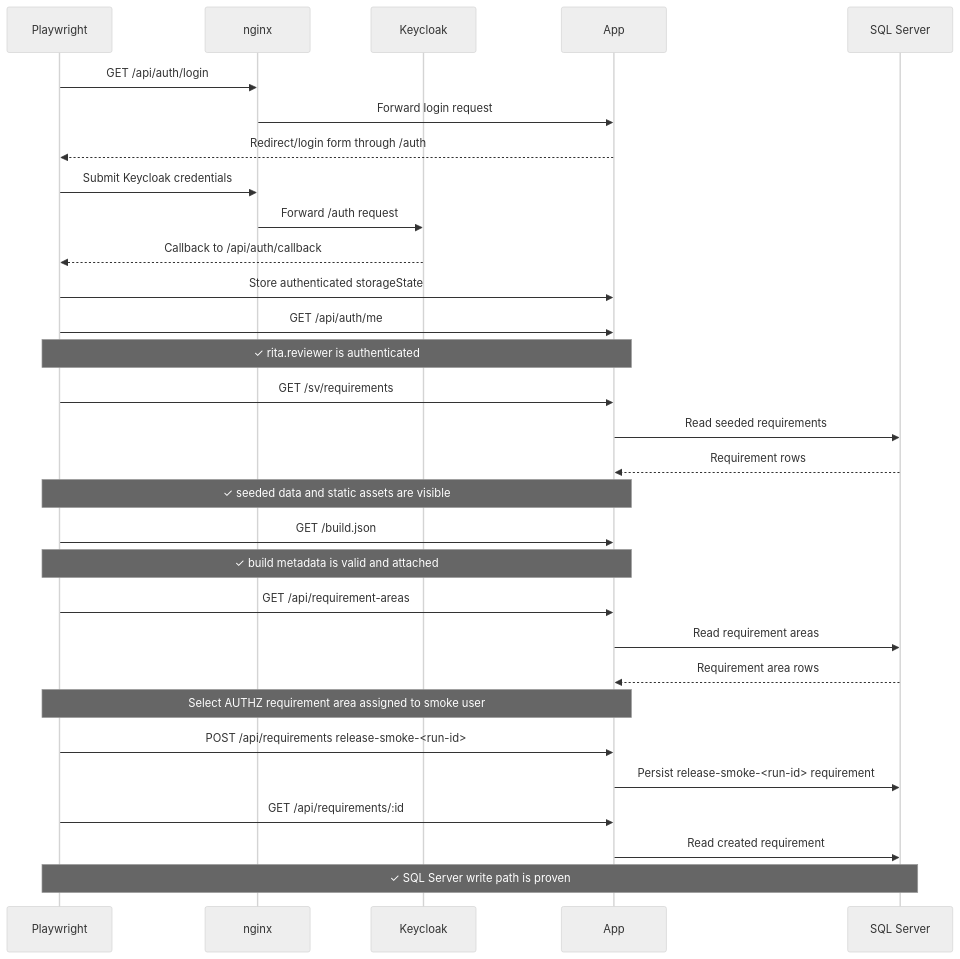
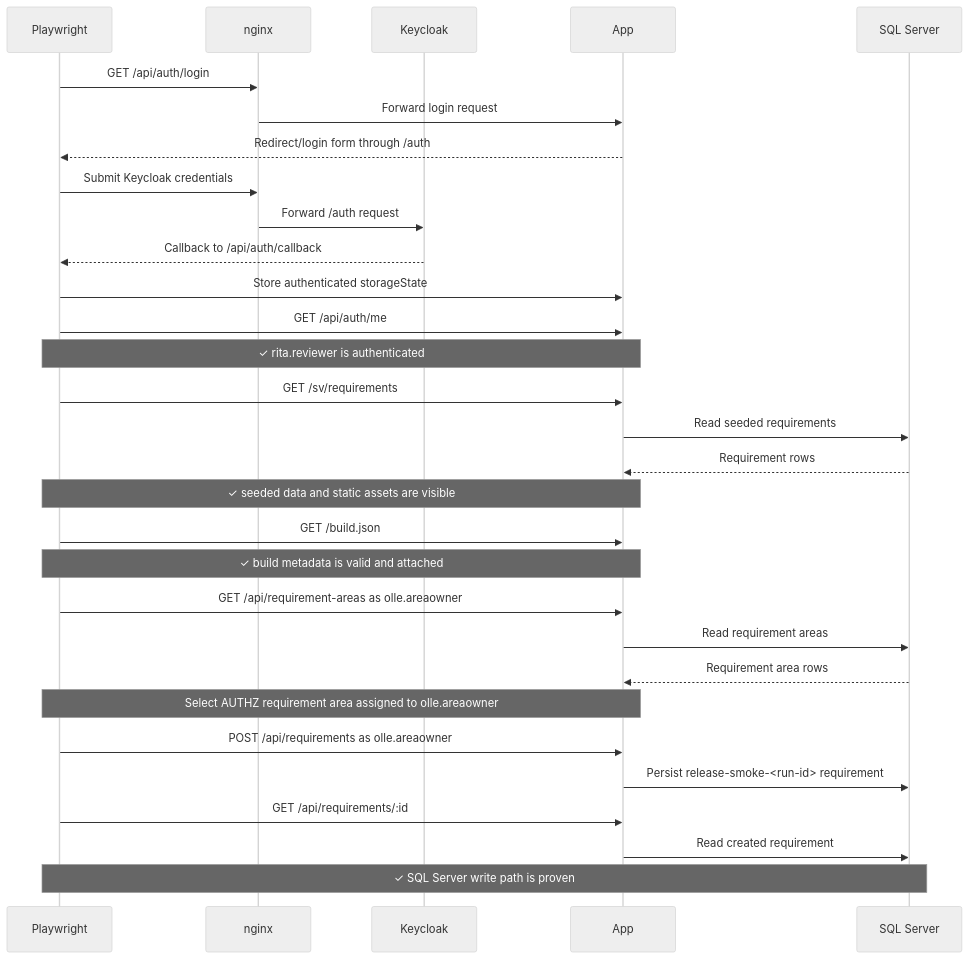
Before and after one commit to johlju/Kravhantering: the second of 4 diagrams in tests/release-smoke/release-smoke.md, drawn with Mermaid (neutral theme). The commit also changed other lines of this file and 5 other files, not shown here.

````diff
--- a/tests/release-smoke/release-smoke.md
+++ b/tests/release-smoke/release-smoke.md
@@ -101,33 +103,33 @@
 ```mermaid
 sequenceDiagram
     participant PW as Playwright
     participant N as nginx
     participant KC as Keycloak
     participant APP as App
     participant DB as SQL Server
 
     PW->>N: GET /api/auth/login
     N->>APP: Forward login request
     APP-->>PW: Redirect/login form through /auth
     PW->>N: Submit Keycloak credentials
     N->>KC: Forward /auth request
     KC-->>PW: Callback to /api/auth/callback
     PW->>APP: Store authenticated storageState
     PW->>APP: GET /api/auth/me
     Note over PW,APP: ✓ rita.reviewer is authenticated
     PW->>APP: GET /sv/requirements
     APP->>DB: Read seeded requirements
     DB-->>APP: Requirement rows
     Note over PW,APP: ✓ seeded data and static assets are visible
     PW->>APP: GET /build.json
     Note over PW,APP: ✓ build metadata is valid and attached
-    PW->>APP: GET /api/requirement-areas
+    PW->>APP: GET /api/requirement-areas as olle.areaowner
     APP->>DB: Read requirement areas
     DB-->>APP: Requirement area rows
-    Note over PW,APP: Select AUTHZ requirement area assigned to smoke user
-    PW->>APP: POST /api/requirements release-smoke-<run-id>
+    Note over PW,APP: Select AUTHZ requirement area assigned to olle.areaowner
+    PW->>APP: POST /api/requirements as olle.areaowner
     APP->>DB: Persist release-smoke-<run-id> requirement
     PW->>APP: GET /api/requirements/:id
     APP->>DB: Read created requirement
     Note over PW,DB: ✓ SQL Server write path is proven
 ```
````
